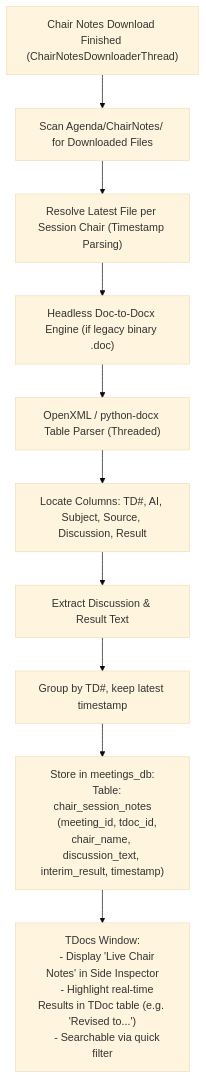
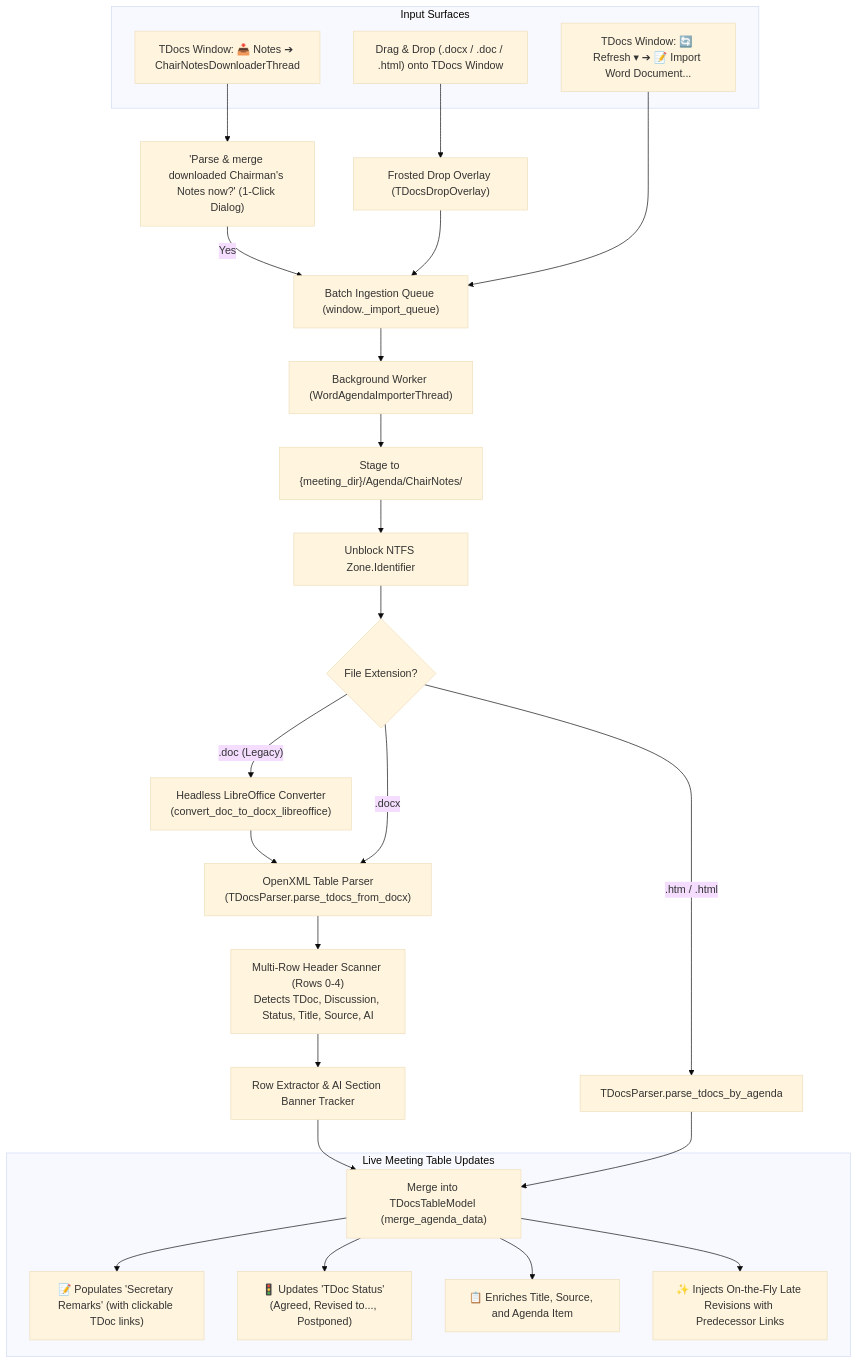
The diagram in 3GPP Tools/docs/legacy_features/F19_chairmans_notes_word_table_parser.md (telekom/3gpp-meeting-tools), drawn with Mermaid (base theme) before and after one commit. The commit also changed other lines of this file and 8 other files, not shown here.

Commit message:
feat(meetings): operationalize multi-WG chairman's notes parser and clarify F-19 documentation

````diff
--- a/3GPP Tools/docs/legacy_features/F19_chairmans_notes_word_table_parser.md
+++ b/3GPP Tools/docs/legacy_features/F19_chairmans_notes_word_table_parser.md
@@ -95,21 +77,35 @@
 ```mermaid
 flowchart TD
-    Trigger["Chair Notes Download Finished (ChairNotesDownloaderThread)"] --> DetectFiles["Scan Agenda/ChairNotes/ for Downloaded Files"]
-    DetectFiles --> Deduplicate["Resolve Latest File per Session Chair (Timestamp Parsing)"]
+    subgraph Inputs ["Input Surfaces"]
+        DND["Drag & Drop (.docx / .doc / .html) onto TDocs Window"]
+        MENU["TDocs Window: 🔄 Refresh ▾ ➔ 📝 Import Word Document..."]
+        DL["TDocs Window: 📥 Notes ➔ ChairNotesDownloaderThread"]
+    end
+
+    DL --> Prompt["'Parse & merge downloaded Chairman's Notes now?' (1-Click Dialog)"]
+    Prompt --> |Yes| Queue
+    DND --> Overlay["Frosted Drop Overlay (TDocsDropOverlay)"] --> Queue["Batch Ingestion Queue (window._import_queue)"]
+    MENU --> Queue
+
+    Queue --> Worker["Background Worker (WordAgendaImporterThread)"]
+    Worker --> Stage["Stage to {meeting_dir}/Agenda/ChairNotes/"]
+    Stage --> Unblock["Unblock NTFS Zone.Identifier"]
     
-    Deduplicate --> Converter["Headless Doc-to-Docx Engine (if legacy binary .doc)"]
-    Converter --> Parser["OpenXML / python-docx Table Parser (Threaded)"]
-    
-    Parser --> MatchCols["Locate Columns: TD#, AI, Subject, Source, Discussion, Result"]
-    MatchCols --> Rows["Extract Discussion & Result Text"]
-    
-    Rows --> Merge["Group by TD#, keep latest timestamp"]
-    Merge --> SQLite["Store in meetings_db:
-    Table: chair_session_notes
-    (meeting_id, tdoc_id, chair_name, discussion_text, interim_result, timestamp)"]
-    
-    SQLite --> UI["TDocs Window:
-    - Display 'Live Chair Notes' in Side Inspector
-    - Highlight real-time Results in TDoc table (e.g. 'Revised to...')
-    - Searchable via quick filter"]
+    Unblock --> CheckType{"File Extension?"}
+    CheckType --> |".doc (Legacy)"| LO["Headless LibreOffice Converter\n(convert_doc_to_docx_libreoffice)"]
+    LO --> Parser["OpenXML Table Parser\n(TDocsParser.parse_tdocs_from_docx)"]
+    CheckType --> |".docx"| Parser
+    CheckType --> |".htm / .html"| HtmlParser["TDocsParser.parse_tdocs_by_agenda"]
+
+    Parser --> HeaderScan["Multi-Row Header Scanner (Rows 0-4)\nDetects TDoc, Discussion, Status, Title, Source, AI"]
+    HeaderScan --> RowExtract["Row Extractor & AI Section Banner Tracker"]
+    RowExtract --> MergeLogic["Merge into TDocsTableModel (merge_agenda_data)"]
+    HtmlParser --> MergeLogic
+
+    subgraph Output ["Live Meeting Table Updates"]
+        MergeLogic --> Remarks["📝 Populates 'Secretary Remarks' (with clickable TDoc links)"]
+        MergeLogic --> Status["🚦 Updates 'TDoc Status' (Agreed, Revised to..., Postponed)"]
+        MergeLogic --> Metadata["📋 Enriches Title, Source, and Agenda Item"]
+        MergeLogic --> LateTDocs["✨ Injects On-the-Fly Late Revisions with Predecessor Links"]
+    end
 ```
````
